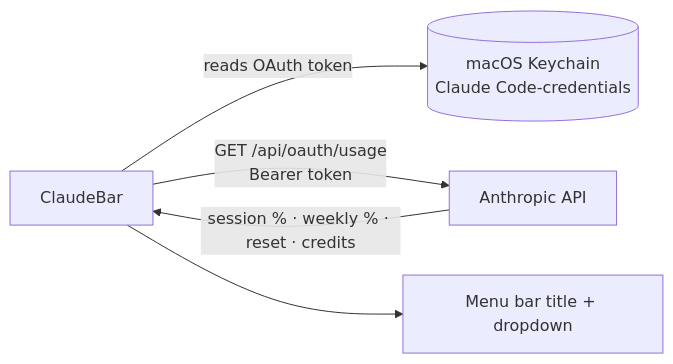
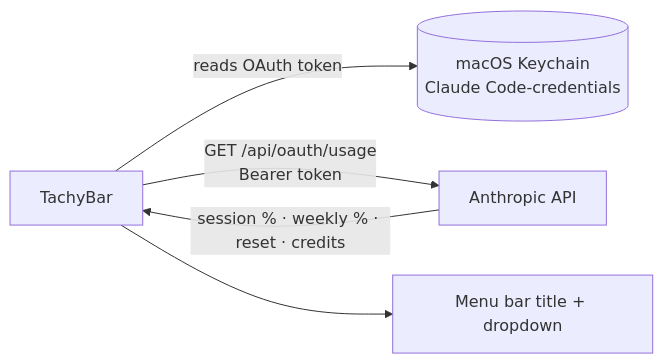
Before and after one commit to tozzilla/claudebar: the diagram in README.md, drawn with Mermaid. The commit also changed other lines of this file and 10 other files, not shown here.

First line of the commit message:
rebrand: ClaudeBar -> TachyBar for AI

````diff
--- a/README.md
+++ b/README.md
@@ -102,7 +102,7 @@
 ```mermaid
 flowchart LR
-    A[ClaudeBar] -->|reads OAuth token| B[(macOS Keychain<br/>Claude Code-credentials)]
+    A[TachyBar] -->|reads OAuth token| B[(macOS Keychain<br/>Claude Code-credentials)]
     A -->|GET /api/oauth/usage<br/>Bearer token| C[Anthropic API]
     C -->|session % · weekly % · reset · credits| A
     A --> D[Menu bar title + dropdown]
 ```
````
